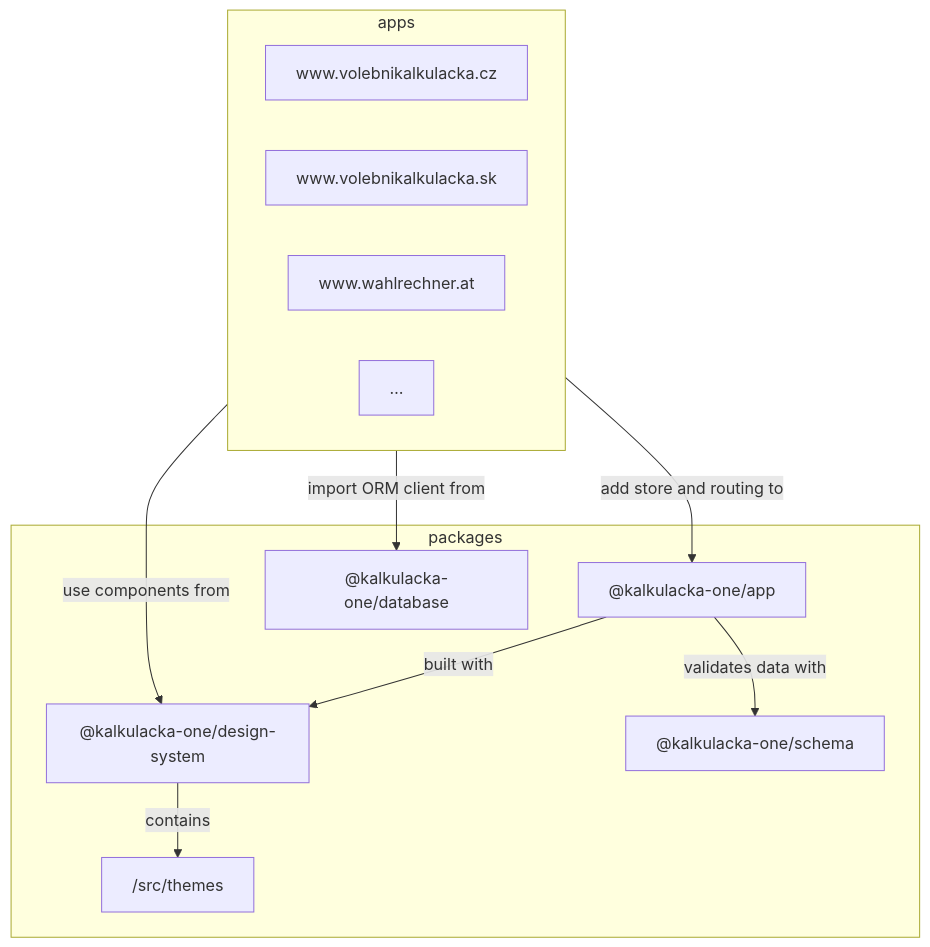
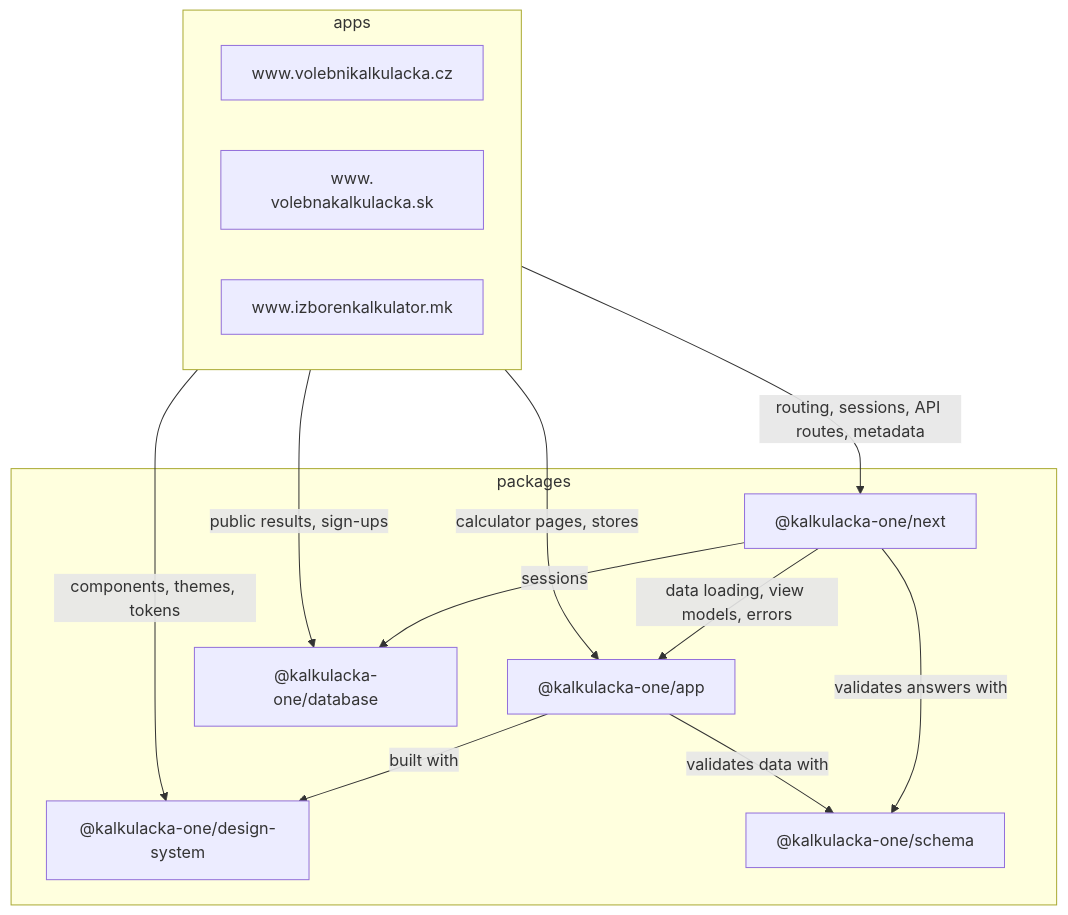
The diagram in docs/architecture.md (kalkulacka-one/kalkulacka), drawn with Mermaid before and after one commit. The commit also changed other lines of this file, not shown here.

First line of the commit message:
Describe the current package split in the architecture doc

````diff
--- a/docs/architecture.md
+++ b/docs/architecture.md
@@ -10,24 +10,26 @@
 ```mermaid
 graph TD
   subgraph apps [apps]
     CZ["www.​volebnikalkulacka.cz"]
-    SK["www.​volebnikalkulacka.sk"]
-    AT["www.​wahlrechner.at"]
-    etc["…"]
+    SK["www.​volebnakalkulacka.sk"]
+    MK["www.​izborenkalkulator.mk"]
   end
-  
+
   subgraph packages [packages]
+    next["`@kalkulacka-one/next`"]
+    app["`@kalkulacka-one/app`"]
     design-system["`@kalkulacka-one/design-system`"]
-    themes["`/src/themes`"]
-    app["`@kalkulacka-one/app`"]
     schema["`@kalkulacka-one/schema`"]
     database["`@kalkulacka-one/database`"]
   end
-  
+
+  apps -->|routing, sessions, API routes, metadata| next
+  apps -->|calculator pages, stores| app
+  apps -->|components, themes, tokens| design-system
+  apps -->|public results, sign-ups| database
+  next -->|data loading, view models, errors| app
+  next -->|sessions| database
+  next -->|validates answers with| schema
   app -->|built with| design-system
-  design-system -->|contains| themes
   app -->|validates data with| schema
-  apps -->|add store and routing to| app
-  apps -->|use components from| design-system
-  apps -->|import ORM client from| database
 ```
````
